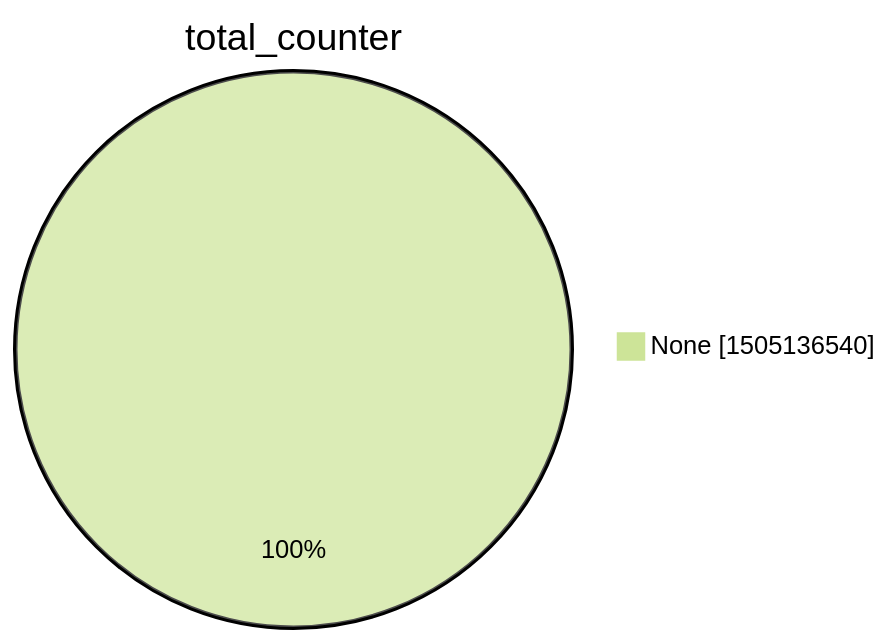
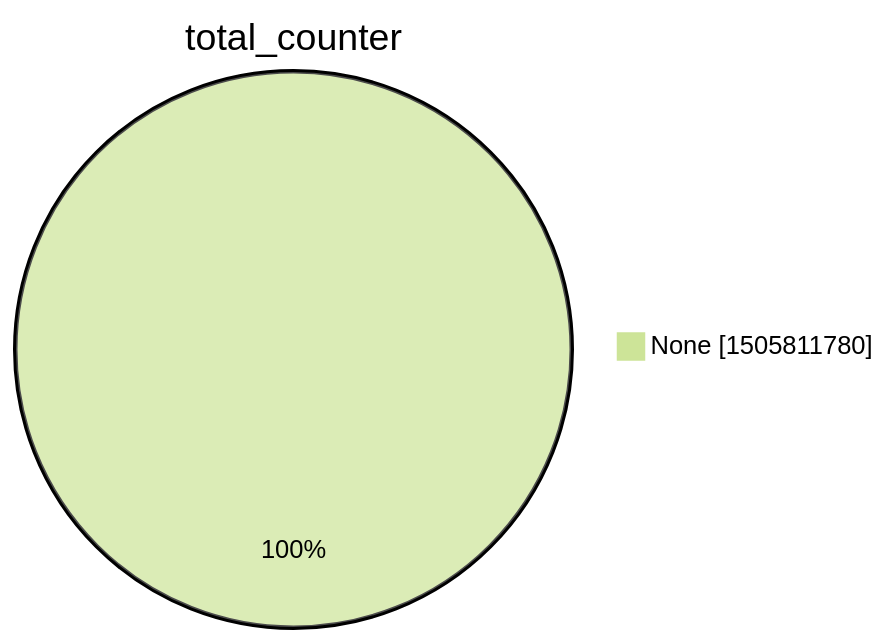
The second of 15 diagrams in argon2022/README.md (christiankrug/ctmonitor_visualization), drawn with Mermaid (forest theme) before and after one commit. The commit also changed other lines of this file, not shown here.

````diff
--- a/argon2022/README.md
+++ b/argon2022/README.md
@@ -9,5 +9,5 @@
 ```mermaid
 pie showData
 title total_counter
-"None" :1505136540
+"None" :1505811780
 ```
````
